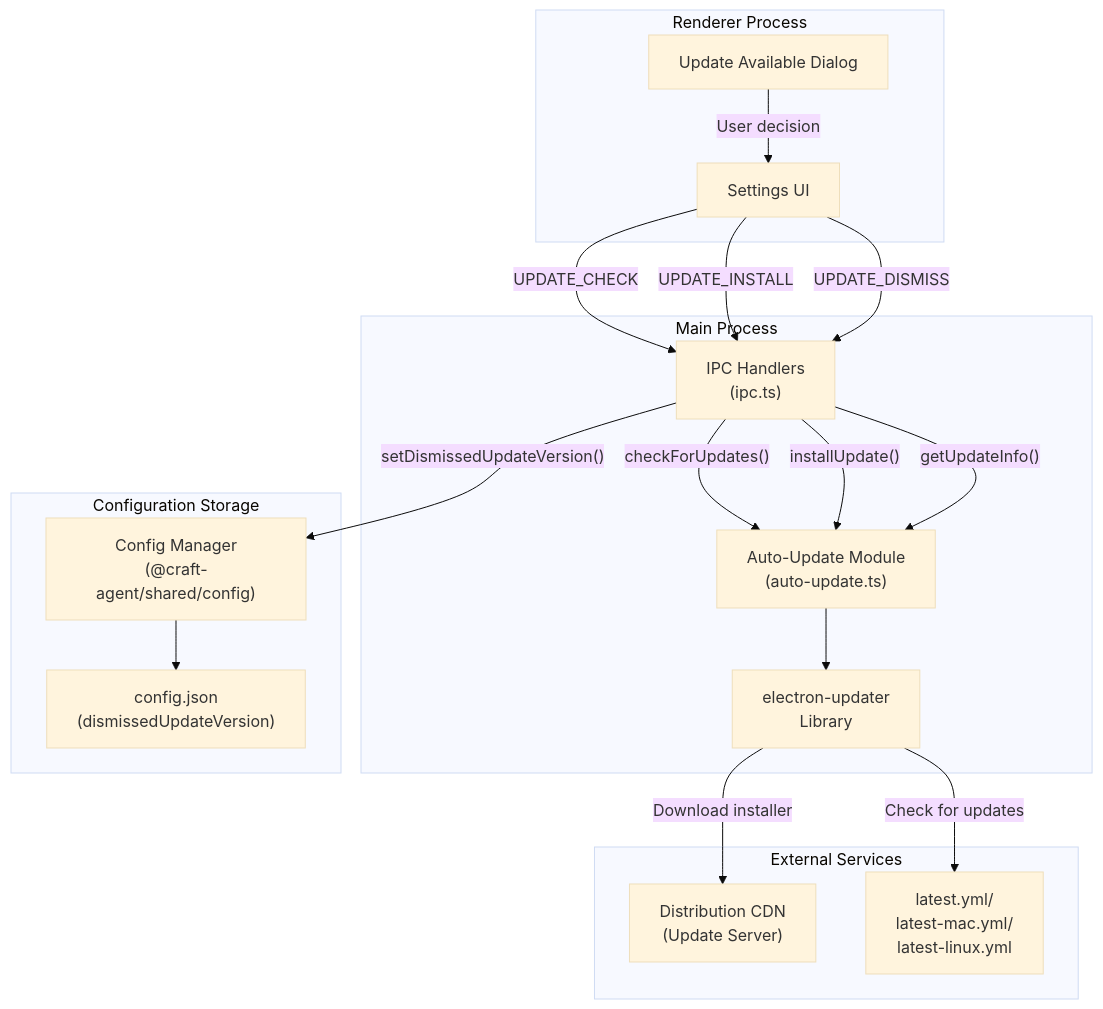
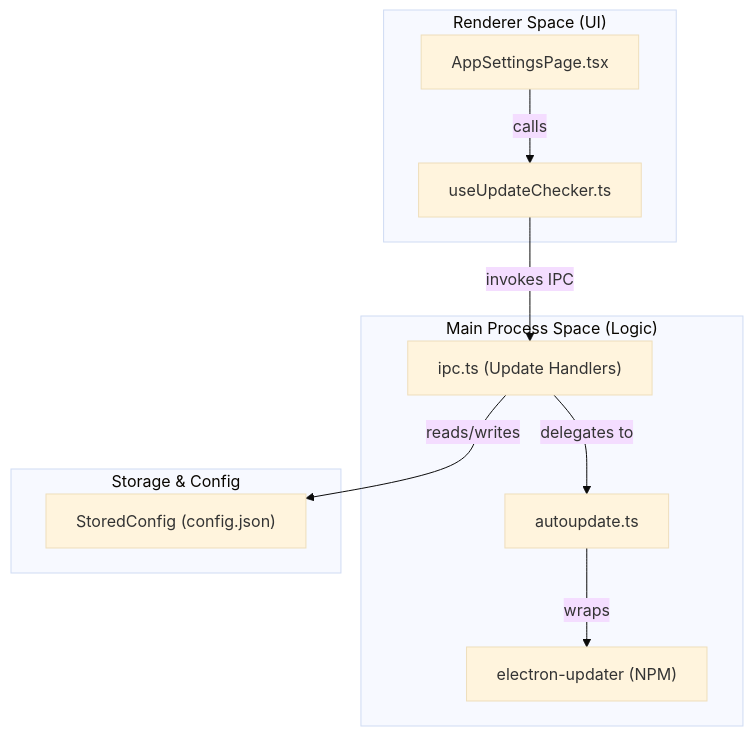
The first of 2 diagrams in docs/lukilabs_craft-agents-oss/building-and-distribution/self-update-system.md (blackcater/zentree), drawn with Mermaid (base theme) before and after one commit. The commit also changed other lines of this file and 232 other files, not shown here.

````diff
--- a/docs/lukilabs_craft-agents-oss/building-and-distribution/self-update-system.md
+++ b/docs/lukilabs_craft-agents-oss/building-and-distribution/self-update-system.md
@@ -25,41 +39,23 @@
 ```mermaid
-graph TB
-    subgraph "Renderer Process"
-        UI["Settings UI"]
-        UpdateDialog["Update Available Dialog"]
+graph TD
+    subgraph "Renderer Space (UI)"
+        AppSettings["AppSettingsPage.tsx"]
+        UseUpdate["useUpdateChecker.ts"]
+    end
+    
+    subgraph "Main Process Space (Logic)"
+        IPCHandlers["ipc.ts (Update Handlers)"]
+        AutoUpdate["autoupdate.ts"]
+        ElectronUpdater["electron-updater (NPM)"]
+    end
+    
+    subgraph "Storage & Config"
+        StoredConfig["StoredConfig (config.json)"]
     end
 
-    subgraph "Main Process"
-        IPCHandlers["IPC Handlers<br/>(ipc.ts)"]
-        AutoUpdateModule["Auto-Update Module<br/>(auto-update.ts)"]
-        ElectronUpdater["electron-updater<br/>Library"]
-    end
-
-    subgraph "External Services"
-        CDN["Distribution CDN<br/>(Update Server)"]
-        Metadata["latest.yml/<br/>latest-mac.yml/<br/>latest-linux.yml"]
-    end
-
-    subgraph "Configuration Storage"
-        ConfigManager["Config Manager<br/>(@craft-agent/shared/config)"]
-        ConfigFile["config.json<br/>(dismissedUpdateVersion)"]
-    end
-
-    UI -->|"UPDATE_CHECK"| IPCHandlers
-    UI -->|"UPDATE_INSTALL"| IPCHandlers
-    UI -->|"UPDATE_DISMISS"| IPCHandlers
-
-    IPCHandlers -->|"checkForUpdates()"| AutoUpdateModule
-    IPCHandlers -->|"installUpdate()"| AutoUpdateModule
-    IPCHandlers -->|"getUpdateInfo()"| AutoUpdateModule
-    IPCHandlers -->|"setDismissedUpdateVersion()"| ConfigManager
-
-    AutoUpdateModule --> ElectronUpdater
-
-    ElectronUpdater -->|"Check for updates"| Metadata
-    ElectronUpdater -->|"Download installer"| CDN
-
-    ConfigManager --> ConfigFile
-
-    UpdateDialog -->|User decision| UI
+    AppSettings -- "calls" --> UseUpdate
+    UseUpdate -- "invokes IPC" --> IPCHandlers
+    IPCHandlers -- "delegates to" --> AutoUpdate
+    AutoUpdate -- "wraps" --> ElectronUpdater
+    IPCHandlers -- "reads/writes" --> StoredConfig
 ```
````
